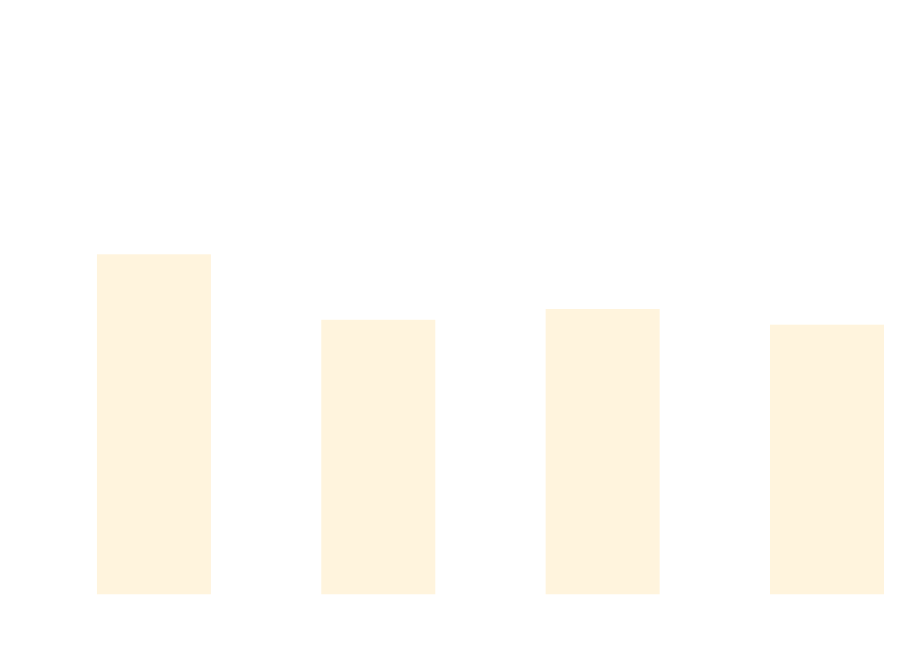
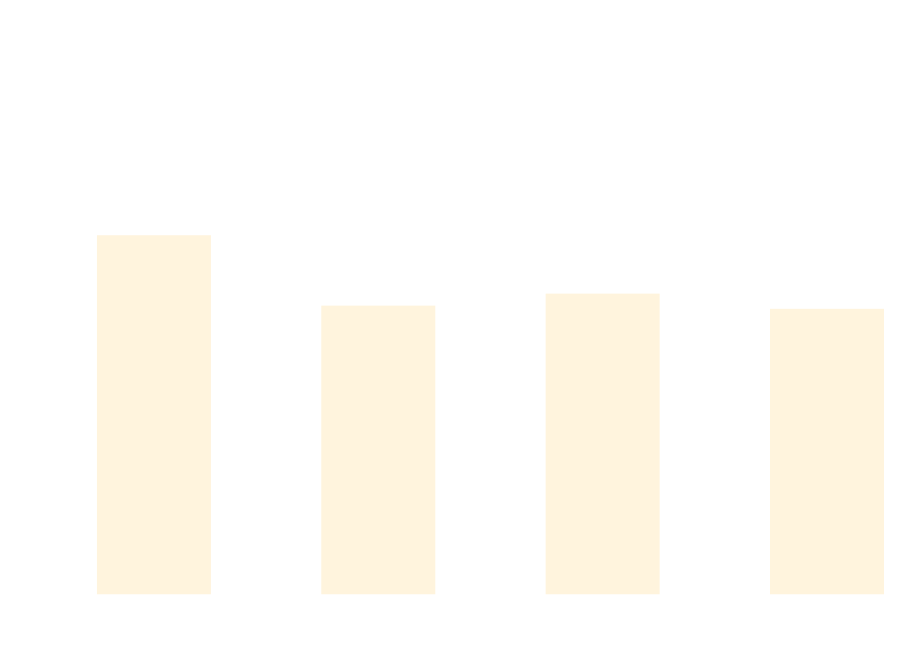
Before and after one commit to thomhurst/TUnit: the diagram in docs/docs/benchmarks/BuildTime.md, drawn with Mermaid. The commit also changed other lines of this file and 17 other files, not shown here.

````diff
--- a/docs/docs/benchmarks/BuildTime.md
+++ b/docs/docs/benchmarks/BuildTime.md
@@ -28,37 +28,37 @@
 ```mermaid
 %%{init: {
   'theme':'base',
   'themeVariables': {
     'primaryColor': '#2563eb',
     'primaryTextColor': '#ffffff',
     'primaryBorderColor': '#1e40af',
     'lineColor': '#6b7280',
     'secondaryColor': '#7c3aed',
     'tertiaryColor': '#dc2626',
     'background': '#ffffff',
     'mainBkg': '#2563eb',
     'secondBkg': '#7c3aed',
     'tertiaryBkg': '#dc2626',
     'clusterBkg': '#f3f4f6',
     'edgeLabelBackground': '#ffffff',
     'tertiaryTextColor': '#1f2937',
     'pie1': '#2563eb',
     'pie2': '#7c3aed',
     'pie3': '#dc2626',
     'pie4': '#f59e0b',
     'pie5': '#10b981',
     'pie6': '#06b6d4',
     'pie7': '#ec4899',
     'pie8': '#6366f1',
     'pie9': '#84cc16',
     'pie10': '#f97316',
     'pie11': '#14b8a6',
     'pie12': '#a855f7'
   }
 }}%%
 xychart-beta
   title "Build Time Comparison"
   x-axis ["Build_TUnit", "Build_NUnit", "Build_MSTest", "Build_xUnit3"]
   y-axis "Time (s)" 0 --> 3
-  bar [1.953, 1.565, 1.629, 1.536]
+  bar [2.066, 1.649, 1.72, 1.63]
 ```
````
